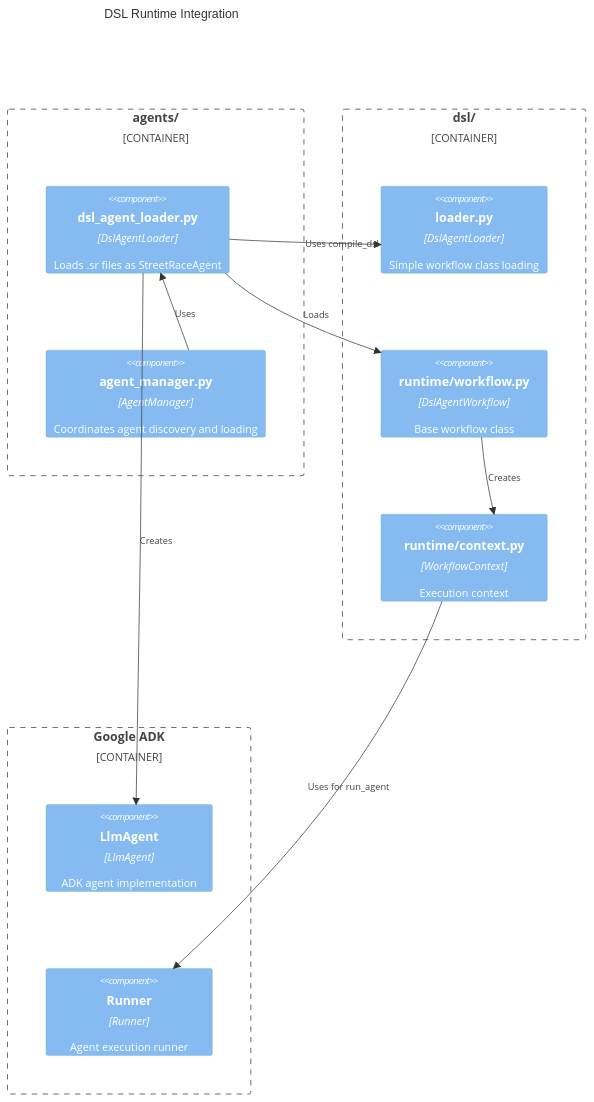
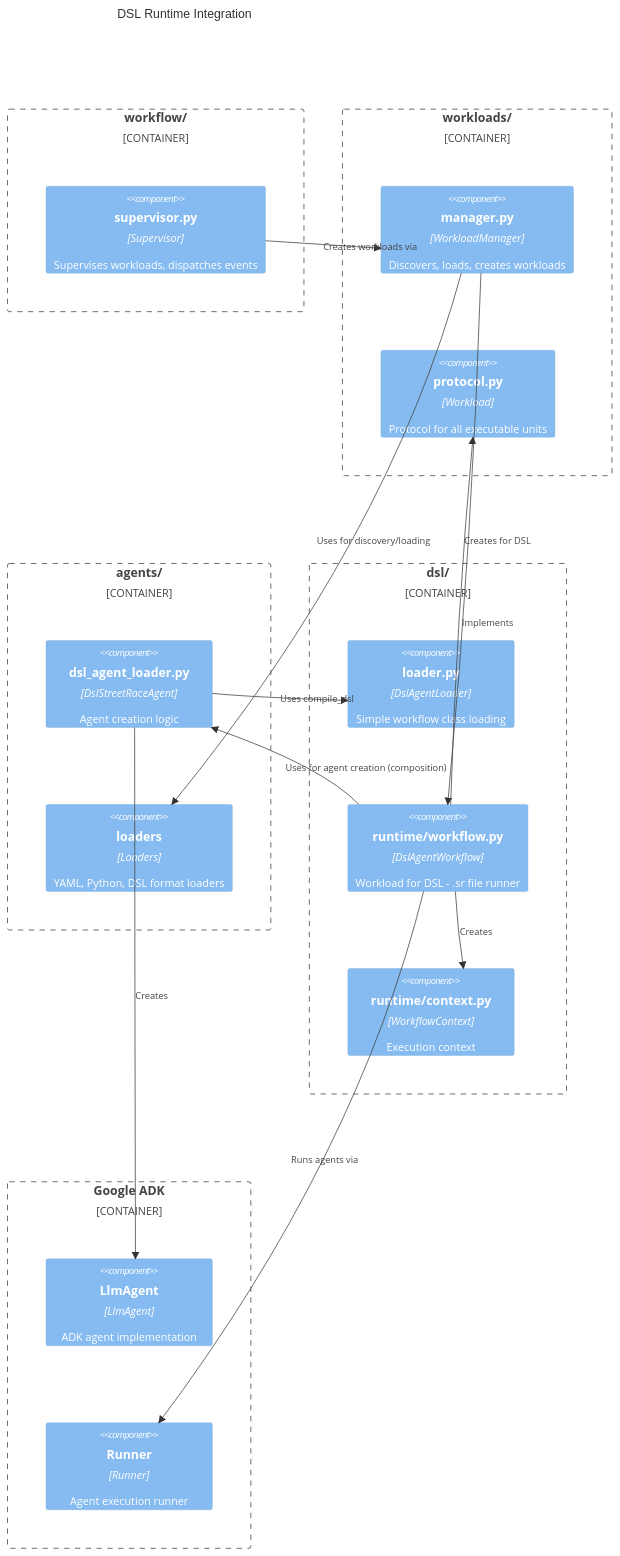
The third of 3 diagrams in docs/dev/dsl/architecture.md (streetrace-ai/streetrace), drawn with Mermaid before and after one commit. The commit also changed other lines of this file and 54 other files, not shown here.

````diff
--- a/docs/dev/dsl/architecture.md
+++ b/docs/dev/dsl/architecture.md
@@ -197,27 +197,39 @@
 ```mermaid
 C4Component
     title DSL Runtime Integration
 
+    Container_Boundary(workflow_pkg, "workflow/") {
+        Component(supervisor, "supervisor.py", "Supervisor", "Supervises workloads, dispatches events")
+    }
+
+    Container_Boundary(workloads, "workloads/") {
+        Component(workload_mgr, "manager.py", "WorkloadManager", "Discovers, loads, creates workloads")
+        Component(protocol, "protocol.py", "Workload", "Protocol for all executable units")
+    }
+
     Container_Boundary(agents, "agents/") {
-        Component(agent_loader, "dsl_agent_loader.py", "DslAgentLoader", "Loads .sr files as StreetRaceAgent")
-        Component(agent_manager, "agent_manager.py", "AgentManager", "Coordinates agent discovery and loading")
+        Component(agent_loader, "dsl_agent_loader.py", "DslStreetRaceAgent", "Agent creation logic")
+        Component(loaders, "loaders", "Loaders", "YAML, Python, DSL format loaders")
     }
 
     Container_Boundary(dsl, "dsl/") {
         Component(simple_loader, "loader.py", "DslAgentLoader", "Simple workflow class loading")
-        Component(workflow_base, "runtime/workflow.py", "DslAgentWorkflow", "Base workflow class")
+        Component(workflow_base, "runtime/workflow.py", "DslAgentWorkflow", "Workload for DSL - .sr file runner")
         Component(ctx, "runtime/context.py", "WorkflowContext", "Execution context")
     }
 
     Container_Boundary(adk, "Google ADK") {
         Component(llm_agent, "LlmAgent", "LlmAgent", "ADK agent implementation")
         Component(runner, "Runner", "Runner", "Agent execution runner")
     }
 
-    Rel(agent_manager, agent_loader, "Uses")
+    Rel(supervisor, workload_mgr, "Creates workloads via")
+    Rel(workload_mgr, loaders, "Uses for discovery/loading")
+    Rel(workload_mgr, workflow_base, "Creates for DSL")
+    Rel(workflow_base, protocol, "Implements")
+    Rel(workflow_base, agent_loader, "Uses for agent creation (composition)")
+    Rel(workflow_base, ctx, "Creates")
     Rel(agent_loader, simple_loader, "Uses compile_dsl")
-    Rel(agent_loader, workflow_base, "Loads")
-    Rel(workflow_base, ctx, "Creates")
     Rel(agent_loader, llm_agent, "Creates")
-    Rel(ctx, runner, "Uses for run_agent")
+    Rel(workflow_base, runner, "Runs agents via")
 ```
````
